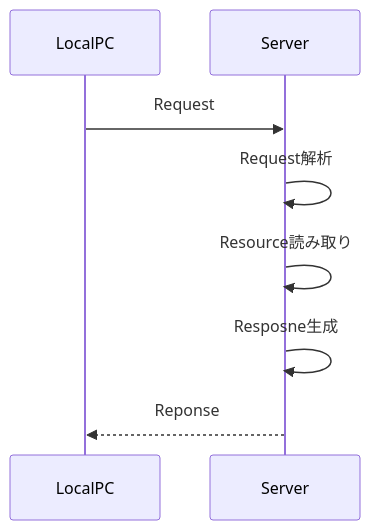
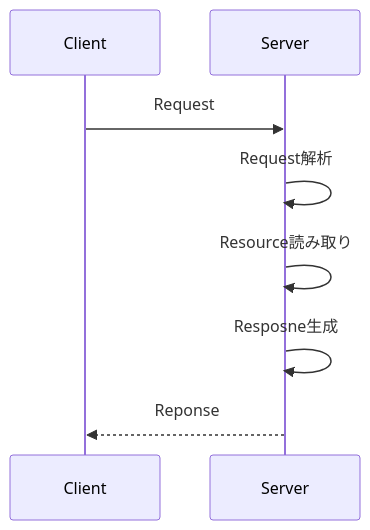
The diagram in README.md (kackey0-1/from-scrach), drawn with Mermaid before and after one commit. The commit also changed 10 other files, not shown here.

````diff
--- a/README.md
+++ b/README.md
@@ -3,10 +3,10 @@
 ```mermaid
 sequenceDiagram
-    participant LocalPC
+    participant Client
     participant Server
-    LocalPC->>Server: Request
+    Client->>Server: Request
     Server->>Server: Request解析
     Server->>Server: Resource読み取り
     Server->>Server: Resposne生成
-    Server-->>LocalPC: Reponse
+    Server-->>Client: Reponse
 ```
````
